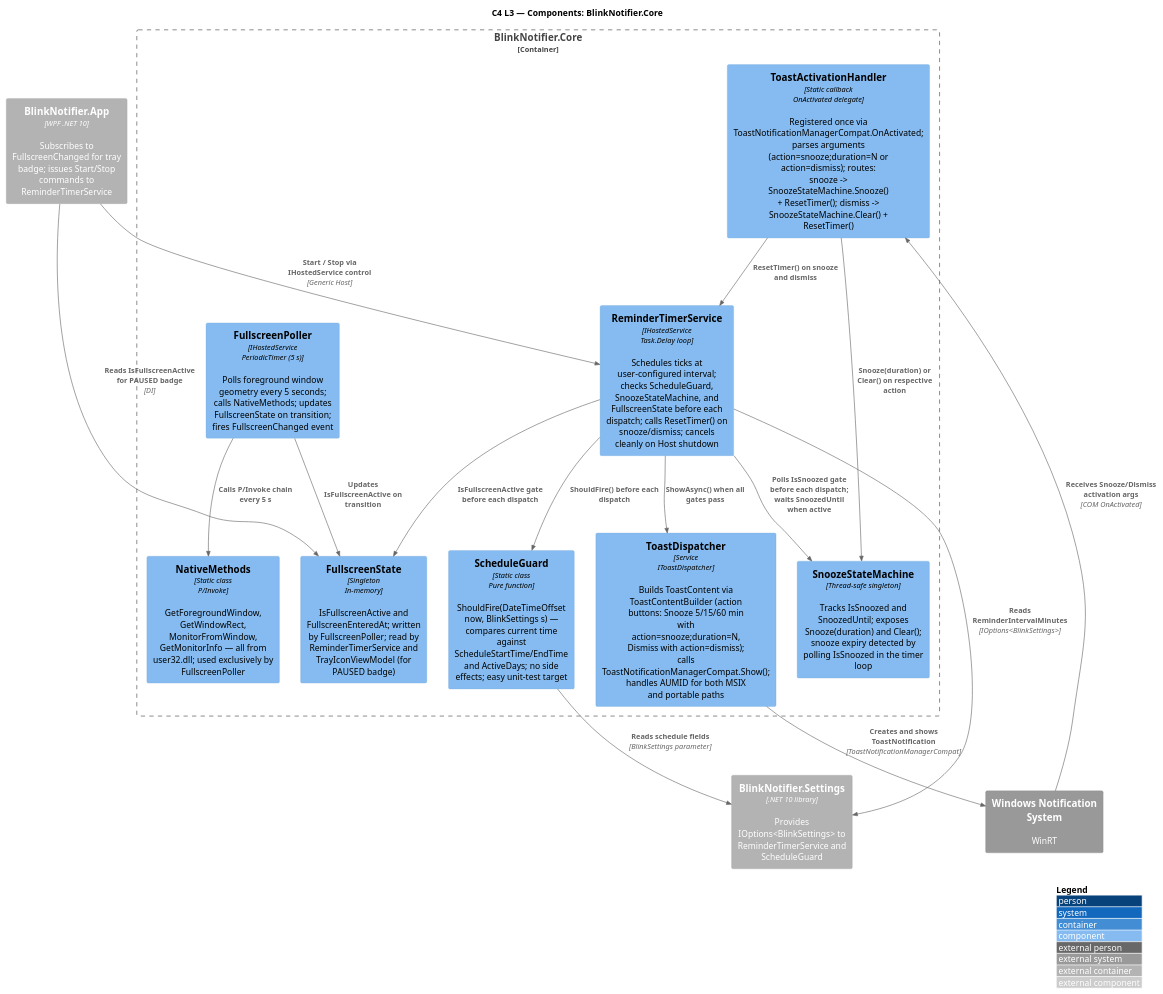
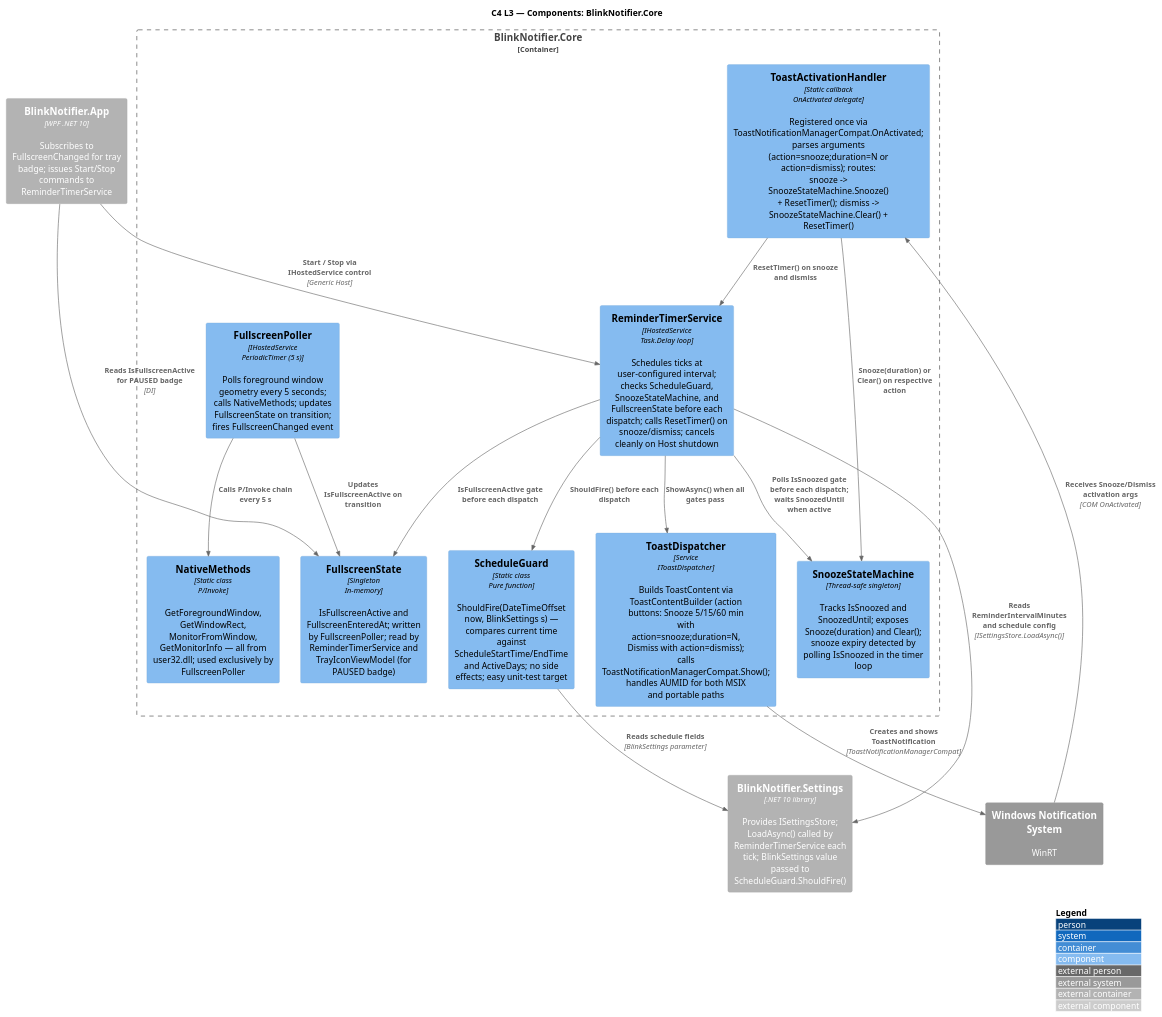
One commit to abrahamFerga/the-blink-notifier changed the diagram in docs/diagrams/c3-components-core.puml. Above: the diagram before and after it, drawn with PlantUML. The commit also changed 2 other files, not shown here.

Commit message:
docs: remove stale IOptions<T> references from all three architecture docs
BlinkSettingsValidator is not wired into the IOptions<T> DI pipeline at
startup (ADR-0013); ReminderTimerService reads settings via
ISettingsStore.LoadAsync() not IOptions<BlinkSettings>. Corrected the
container description in ARCH.md, the C2 diagram, and both the external
container description and the Rel label in the C3 diagram.

```diff
--- a/docs/diagrams/c3-components-core.puml
+++ b/docs/diagrams/c3-components-core.puml
@@ -1,51 +1,51 @@
 @startuml c3-components-core
 !include https://raw.githubusercontent.com/plantuml-stdlib/C4-PlantUML/master/C4_Component.puml
 
 LAYOUT_WITH_LEGEND()
 
 title C4 L3 — Components: BlinkNotifier.Core
 
 Container_Boundary(core, "BlinkNotifier.Core") {
 
     Component(timer_svc, "ReminderTimerService", "IHostedService\nTask.Delay loop", "Schedules ticks at user-configured interval; checks ScheduleGuard, SnoozeStateMachine, and FullscreenState before each dispatch; calls ResetTimer() on snooze/dismiss; cancels cleanly on Host shutdown")
 
     Component(snooze_sm, "SnoozeStateMachine", "Thread-safe singleton", "Tracks IsSnoozed and SnoozedUntil; exposes Snooze(duration) and Clear(); snooze expiry detected by polling IsSnoozed in the timer loop")
 
     Component(schedule_guard, "ScheduleGuard", "Static class\nPure function", "ShouldFire(DateTimeOffset now, BlinkSettings s) — compares current time against ScheduleStartTime/EndTime and ActiveDays; no side effects; easy unit-test target")
 
     Component(fullscreen_poller, "FullscreenPoller", "IHostedService\nPeriodicTimer (5 s)", "Polls foreground window geometry every 5 seconds; calls NativeMethods; updates FullscreenState on transition; fires FullscreenChanged event")
 
     Component(fullscreen_state, "FullscreenState", "Singleton\nIn-memory", "IsFullscreenActive and FullscreenEnteredAt; written by FullscreenPoller; read by ReminderTimerService and TrayIconViewModel (for PAUSED badge)")
 
     Component(toast_dispatcher, "ToastDispatcher", "Service\nIToastDispatcher", "Builds ToastContent via ToastContentBuilder (action buttons: Snooze 5/15/60 min with action=snooze;duration=N, Dismiss with action=dismiss); calls ToastNotificationManagerCompat.Show(); handles AUMID for both MSIX and portable paths")
 
     Component(toast_handler, "ToastActivationHandler", "Static callback\nOnActivated delegate", "Registered once via ToastNotificationManagerCompat.OnActivated; parses arguments (action=snooze;duration=N or action=dismiss); routes: snooze -> SnoozeStateMachine.Snooze() + ResetTimer(); dismiss -> SnoozeStateMachine.Clear() + ResetTimer()")
 
     Component(native_methods, "NativeMethods", "Static class\nP/Invoke", "GetForegroundWindow, GetWindowRect, MonitorFromWindow, GetMonitorInfo — all from user32.dll; used exclusively by FullscreenPoller")
 
 }
 
 Container_Ext(app, "BlinkNotifier.App", "WPF .NET 10", "Subscribes to FullscreenChanged for tray badge; issues Start/Stop commands to ReminderTimerService")
-Container_Ext(settings_lib, "BlinkNotifier.Settings", ".NET 10 library", "Provides IOptions<BlinkSettings> to ReminderTimerService and ScheduleGuard")
+Container_Ext(settings_lib, "BlinkNotifier.Settings", ".NET 10 library", "Provides ISettingsStore; LoadAsync() called by ReminderTimerService each tick; BlinkSettings value passed to ScheduleGuard.ShouldFire()")
 System_Ext(wintoast, "Windows Notification System", "WinRT")
 
 Rel(app, timer_svc, "Start / Stop via IHostedService control", "Generic Host")
 Rel(app, fullscreen_state, "Reads IsFullscreenActive for PAUSED badge", "DI")
 
 Rel(timer_svc, schedule_guard, "ShouldFire() before each dispatch")
 Rel(timer_svc, snooze_sm, "Polls IsSnoozed gate before each dispatch; waits SnoozedUntil when active")
 Rel(timer_svc, fullscreen_state, "IsFullscreenActive gate before each dispatch")
 Rel(timer_svc, toast_dispatcher, "ShowAsync() when all gates pass")
 
 Rel(fullscreen_poller, native_methods, "Calls P/Invoke chain every 5 s")
 Rel(fullscreen_poller, fullscreen_state, "Updates IsFullscreenActive on transition")
 
 Rel(toast_dispatcher, wintoast, "Creates and shows ToastNotification", "ToastNotificationManagerCompat")
 Rel_Back(toast_handler, wintoast, "Receives Snooze/Dismiss activation args", "COM OnActivated")
 Rel(toast_handler, snooze_sm, "Snooze(duration) or Clear() on respective action")
 Rel(toast_handler, timer_svc, "ResetTimer() on snooze and dismiss")
 
-Rel(timer_svc, settings_lib, "Reads ReminderIntervalMinutes", "IOptions<BlinkSettings>")
+Rel(timer_svc, settings_lib, "Reads ReminderIntervalMinutes and schedule config", "ISettingsStore.LoadAsync()")
 Rel(schedule_guard, settings_lib, "Reads schedule fields", "BlinkSettings parameter")
 
 @enduml
```
